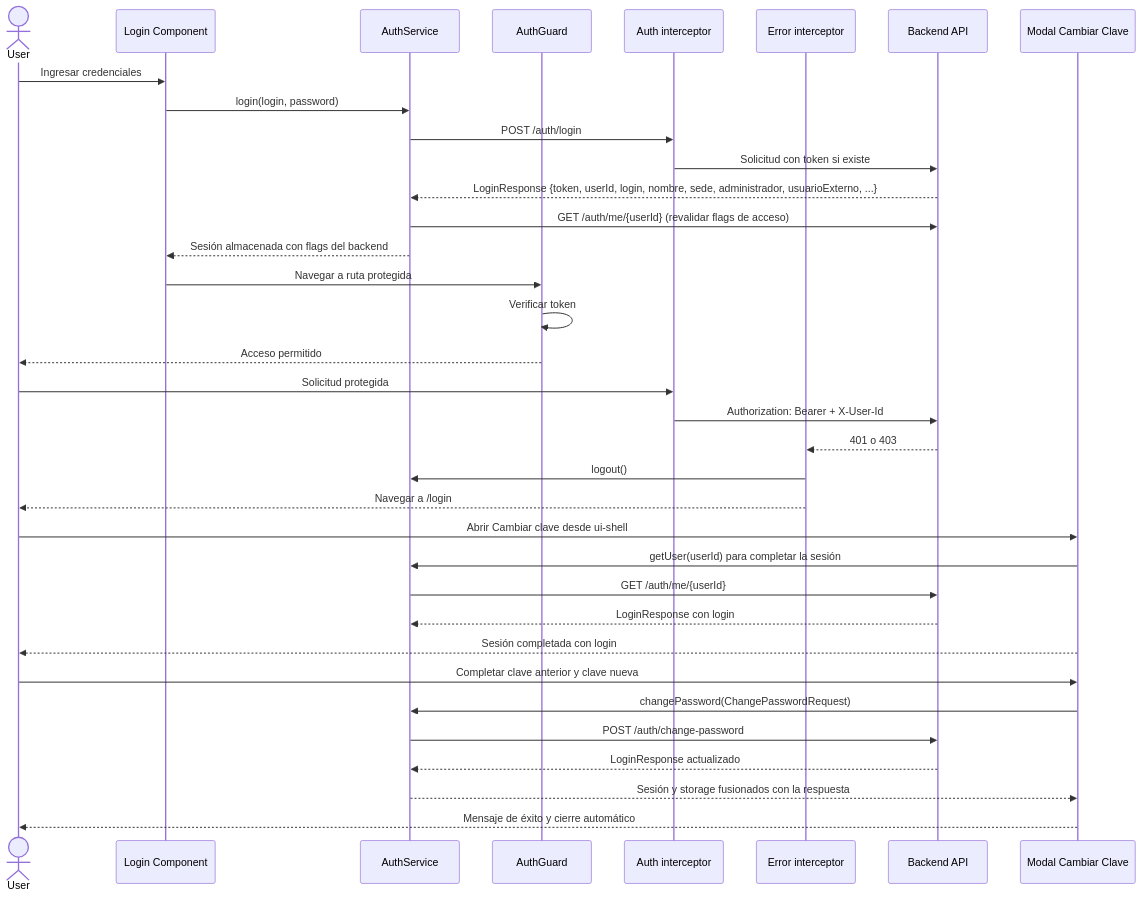
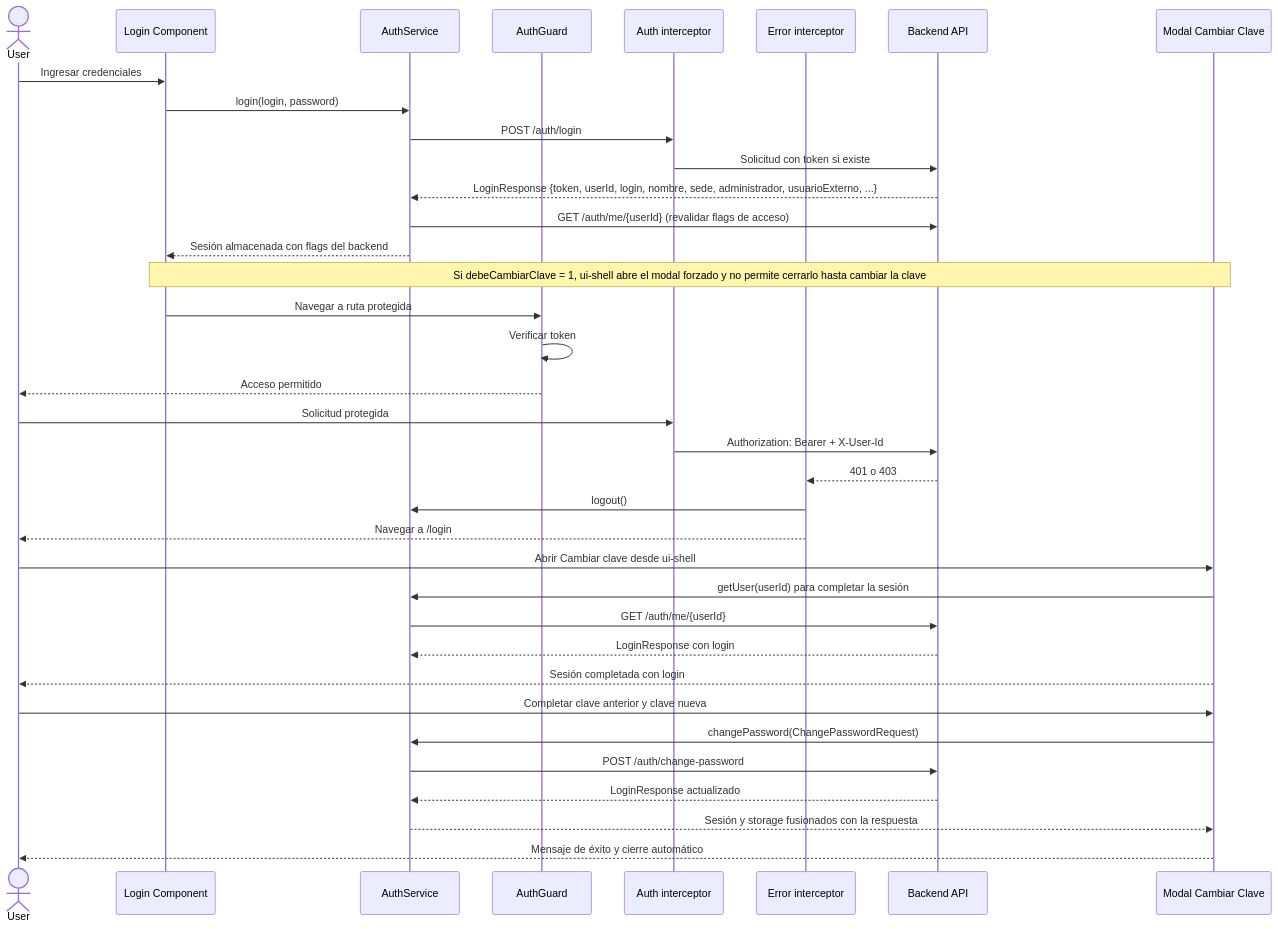
Before and after one commit to UM-services/UM.tesoreria.frontend-client: the second of 7 diagrams in docs/architecture.md, drawn with Mermaid. The commit also changed other lines of this file and 1 other file, not shown here.

First line of the commit message:
docs: reflejar nuevos módulos y cambio de clave

````diff
--- a/docs/architecture.md
+++ b/docs/architecture.md
@@ -87,39 +87,40 @@
 ```mermaid
 sequenceDiagram
     actor User
     participant Login as Login Component
     participant AuthService as AuthService
     participant AuthGuard as AuthGuard
     participant AuthInterceptor as Auth interceptor
     participant ErrorInterceptor as Error interceptor
     participant API as Backend API
 
     participant Cambio as Modal Cambiar Clave
 
     User->>Login: Ingresar credenciales
     Login->>AuthService: login(login, password)
     AuthService->>AuthInterceptor: POST /auth/login
     AuthInterceptor->>API: Solicitud con token si existe
     API-->>AuthService: LoginResponse {token, userId, login, nombre, sede, administrador, usuarioExterno, ...}
     AuthService->>API: GET /auth/me/{userId} (revalidar flags de acceso)
     AuthService-->>Login: Sesión almacenada con flags del backend
+    Note over Login,Cambio: Si debeCambiarClave = 1, ui-shell abre el modal forzado y no permite cerrarlo hasta cambiar la clave
     Login->>AuthGuard: Navegar a ruta protegida
     AuthGuard->>AuthGuard: Verificar token
     AuthGuard-->>User: Acceso permitido
     User->>AuthInterceptor: Solicitud protegida
     AuthInterceptor->>API: Authorization: Bearer + X-User-Id
     API-->>ErrorInterceptor: 401 o 403
     ErrorInterceptor->>AuthService: logout()
     ErrorInterceptor-->>User: Navegar a /login
     User->>Cambio: Abrir Cambiar clave desde ui-shell
     Cambio->>AuthService: getUser(userId) para completar la sesión
     AuthService->>API: GET /auth/me/{userId}
     API-->>AuthService: LoginResponse con login
     Cambio-->>User: Sesión completada con login
     User->>Cambio: Completar clave anterior y clave nueva
     Cambio->>AuthService: changePassword(ChangePasswordRequest)
     AuthService->>API: POST /auth/change-password
     API-->>AuthService: LoginResponse actualizado
     AuthService-->>Cambio: Sesión y storage fusionados con la respuesta
     Cambio-->>User: Mensaje de éxito y cierre automático
 ```
````
